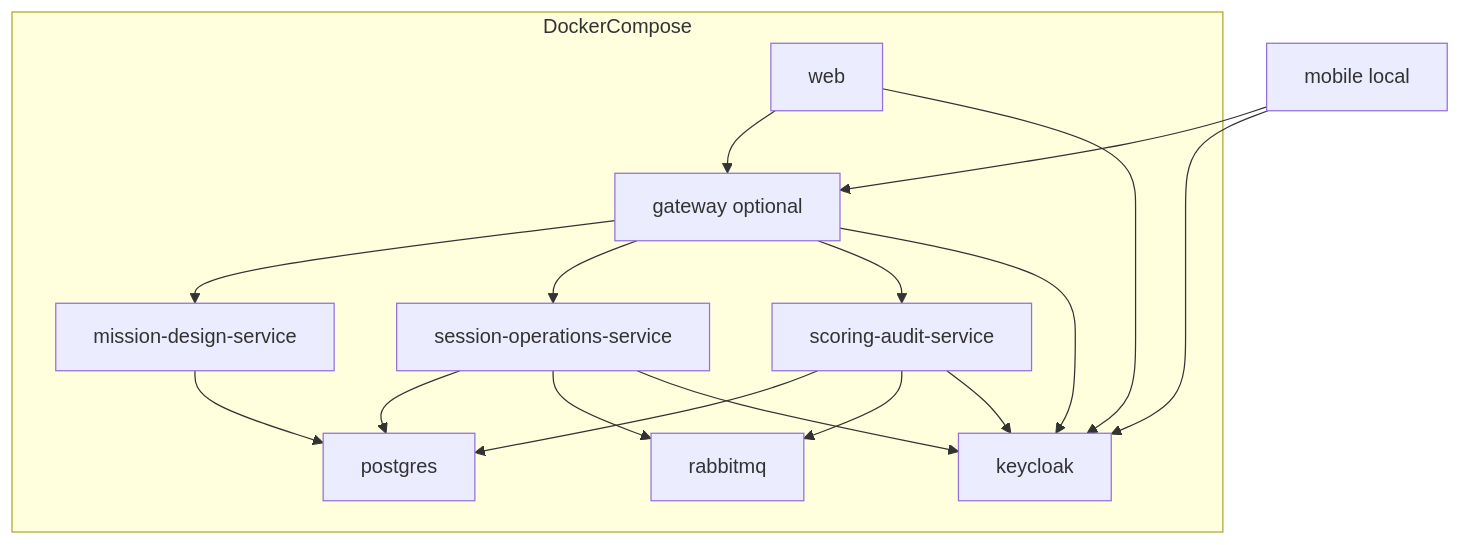
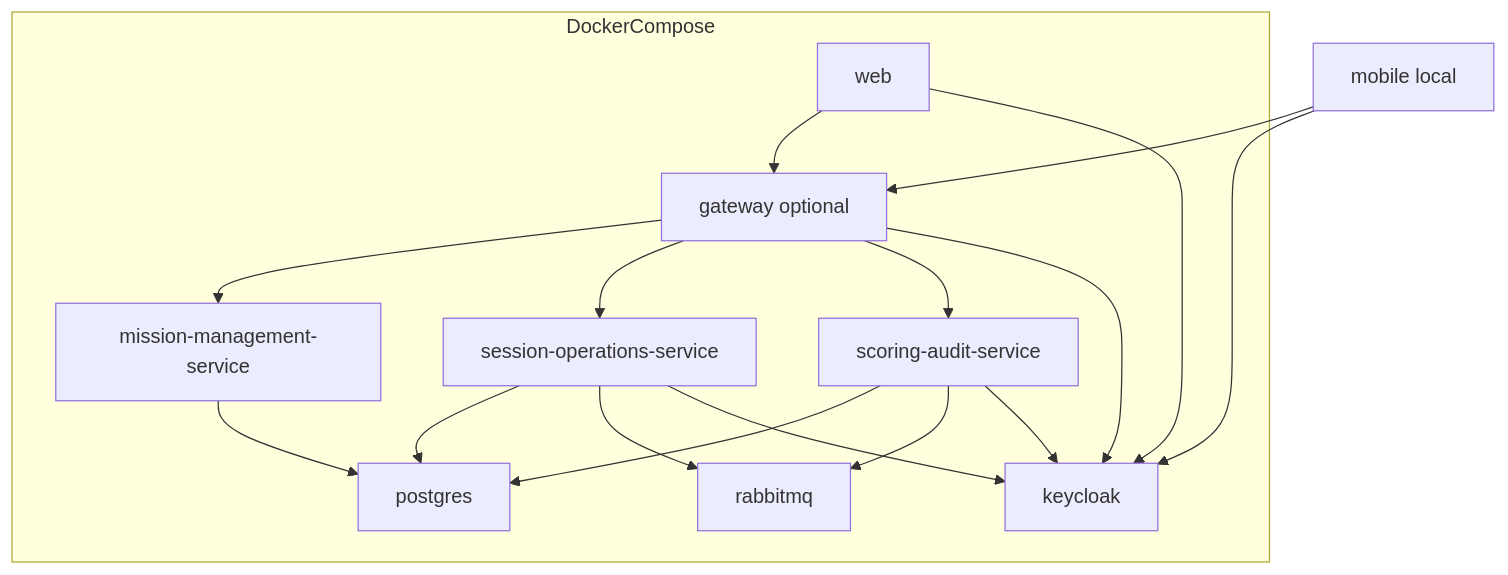
One commit to Grupo2-UMBRAL/UMBRAL-Grupo2 changed the second of 5 diagrams in docs/architecture/infrastructure-outline.md. Above: the diagram before and after it, drawn with Mermaid. The commit also changed 172 other files, not shown here.

````diff
--- a/docs/architecture/infrastructure-outline.md
+++ b/docs/architecture/infrastructure-outline.md
@@ -185,29 +185,29 @@
 ```mermaid
 flowchart TD
     subgraph DockerCompose
         GW[gateway optional]
-        MS[mission-design-service]
+        MS[mission-management-service]
         SS[session-operations-service]
         SA[scoring-audit-service]
         KC[keycloak]
         DB[postgres]
         MQ[rabbitmq]
         W[web]
     end
 
     M[mobile local] --> GW
     W --> GW
     GW --> MS
     GW --> SS
     GW --> SA
     GW --> KC
     MS --> DB
     SS --> DB
     SA --> DB
     SS --> MQ
     SA --> MQ
     SS --> KC
     SA --> KC
     W --> KC
     M --> KC
 ```
````
